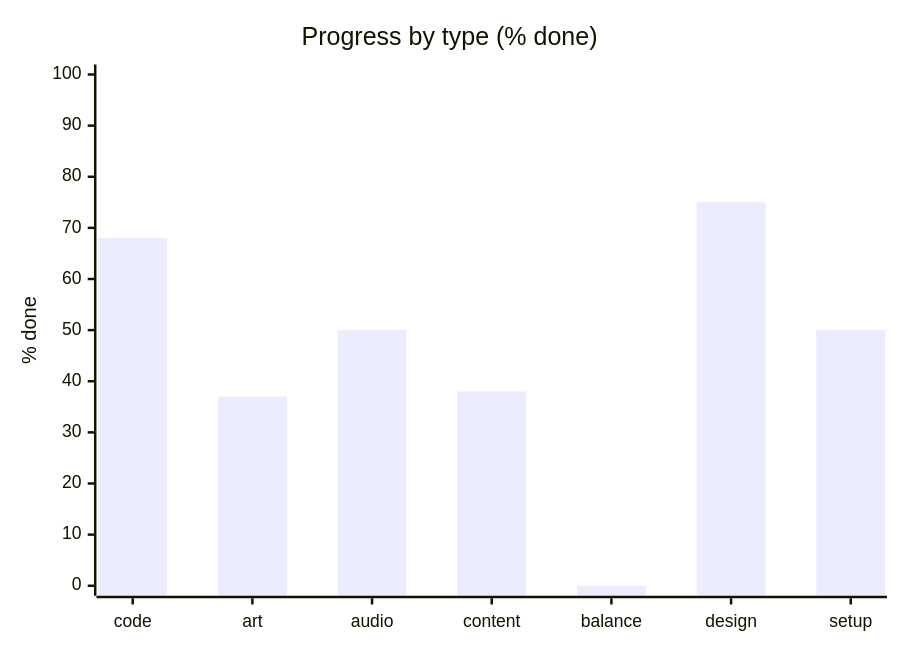
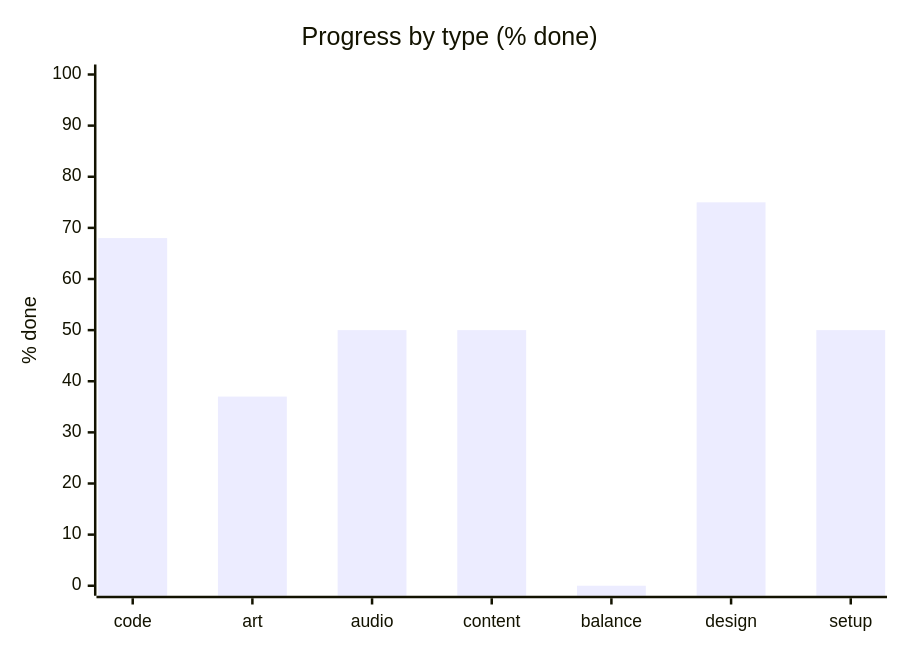
One commit to artemiiShabanov/RallyRivals changed the second of 3 diagrams in STATUS.md. Above: the diagram before and after it, drawn with Mermaid. The commit also changed other lines of this file and 2 other files, not shown here.

````diff
--- a/STATUS.md
+++ b/STATUS.md
@@ -17,7 +17,7 @@
 ```mermaid
 xychart-beta
     title "Progress by type (% done)"
     x-axis ["code", "art", "audio", "content", "balance", "design", "setup"]
     y-axis "% done" 0 --> 100
-    bar [68, 37, 50, 38, 0, 75, 50]
+    bar [68, 37, 50, 50, 0, 75, 50]
 ```
````
